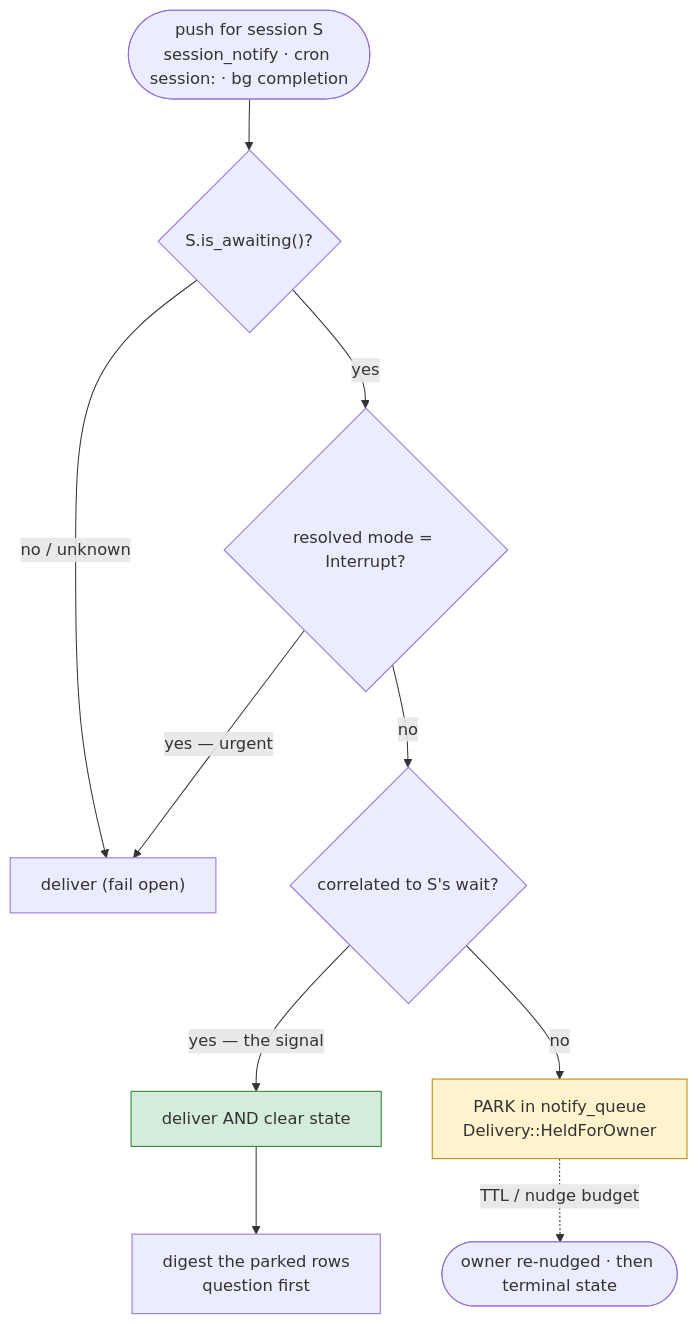
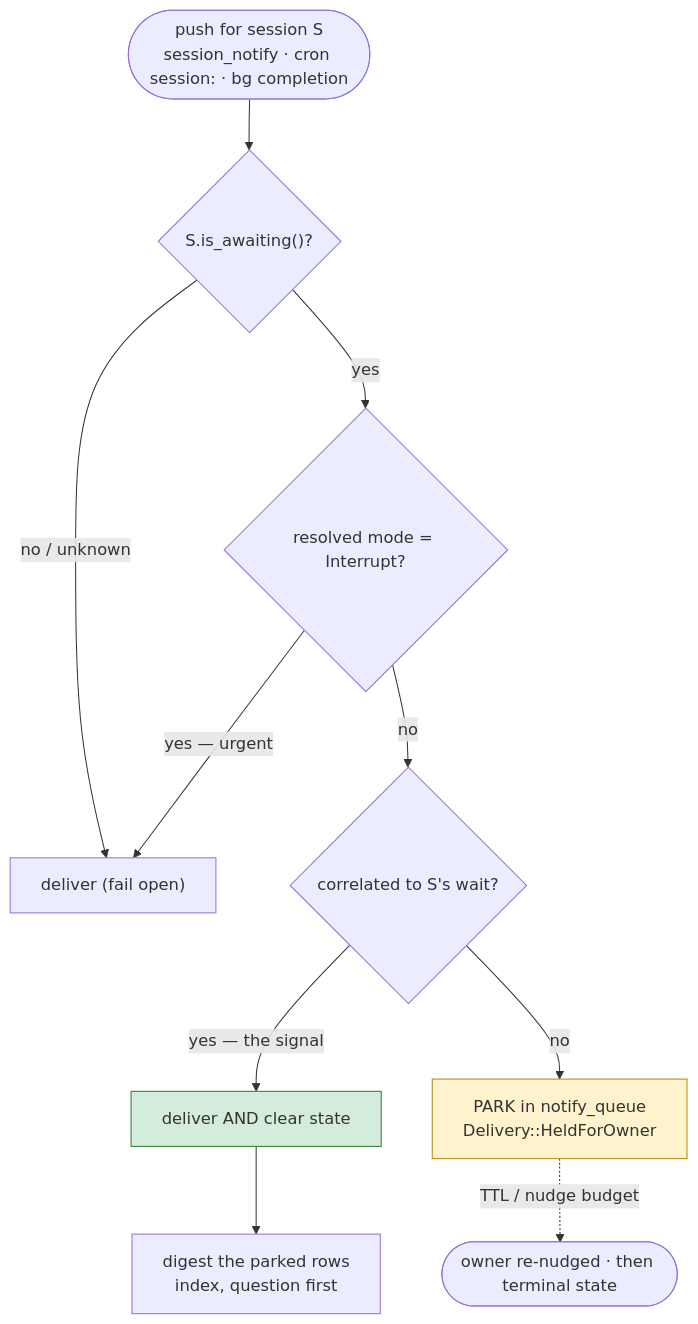
The diagram in docs/proposals/08-owner-gated-lane-intake.md (leshchenko1979/agent-factories), drawn with Mermaid before and after one commit. The commit also changed other lines of this file, not shown here.

First line of the commit message:
prop08: rev.9 — CLI verbs + wait graph as a main surface; AFK restored; register out of scope

````diff
--- a/docs/proposals/08-owner-gated-lane-intake.md
+++ b/docs/proposals/08-owner-gated-lane-intake.md
@@ -173,14 +262,14 @@
 ```mermaid
 flowchart TD
     A(["push for session S<br/>session_notify · cron session: · bg completion"]) --> B{"S.is_awaiting()?"}
     B -->|no / unknown| D["deliver (fail open)"]
     B -->|yes| F{"resolved mode = Interrupt?"}
     F -->|yes — urgent| D
     F -->|no| C{"correlated to S's wait?"}
     C -->|yes — the signal| E["deliver AND clear state"]
     C -->|no| G["PARK in notify_queue<br/>Delivery::HeldForOwner"]
-    E --> H["digest the parked rows<br/>question first"]
+    E --> H["digest the parked rows<br/>index, question first"]
     G -.->|TTL / nudge budget| I(["owner re-nudged · then terminal state"])
     style G fill:#fff3cd,stroke:#b8860b
     style E fill:#d4edda,stroke:#2e7d32
 ```
````
